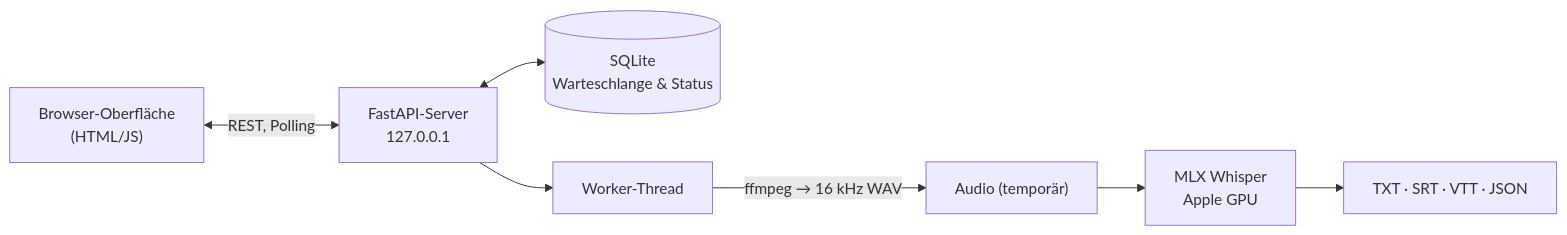
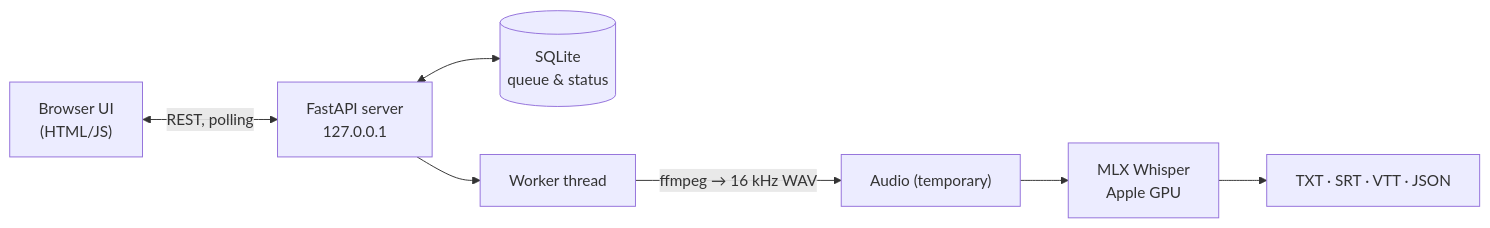
The diagram in README.md (joe23byte/mlx-batch-transcriber), drawn with Mermaid before and after one commit. The commit also changed other lines of this file and 20 other files, not shown here.

````diff
--- a/README.md
+++ b/README.md
@@ -180,9 +185,9 @@
 ```mermaid
 flowchart LR
-    UI["Browser-Oberfläche<br/>(HTML/JS)"] <-->|REST, Polling| API["FastAPI-Server<br/>127.0.0.1"]
-    API <--> DB[("SQLite<br/>Warteschlange & Status")]
-    API --> W["Worker-Thread"]
-    W -->|"ffmpeg → 16 kHz WAV"| A["Audio (temporär)"]
+    UI["Browser UI<br/>(HTML/JS)"] <-->|REST, polling| API["FastAPI server<br/>127.0.0.1"]
+    API <--> DB[("SQLite<br/>queue & status")]
+    API --> W["Worker thread"]
+    W -->|"ffmpeg → 16 kHz WAV"| A["Audio (temporary)"]
     A --> M["MLX Whisper<br/>Apple GPU"]
     M --> F["TXT · SRT · VTT · JSON"]
 ```
````
